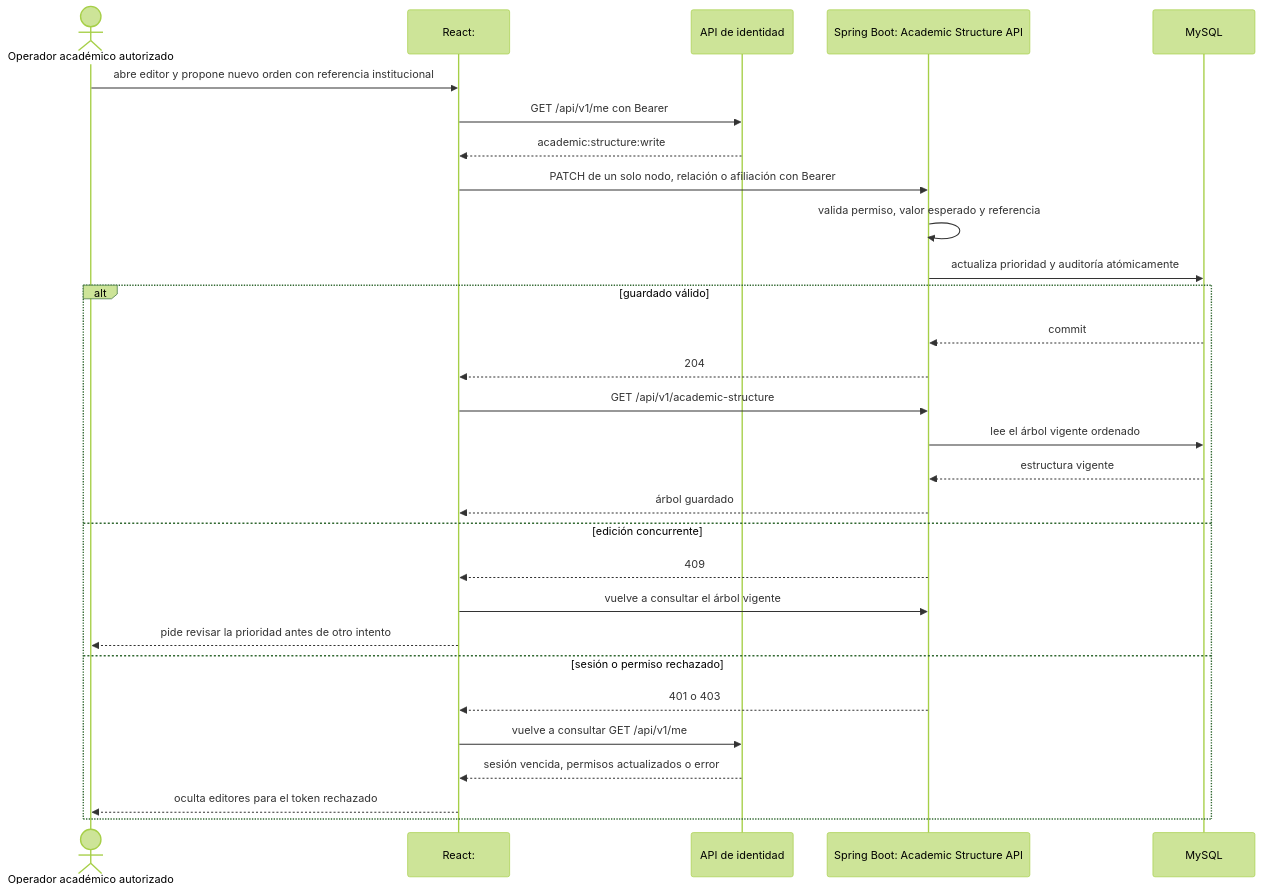
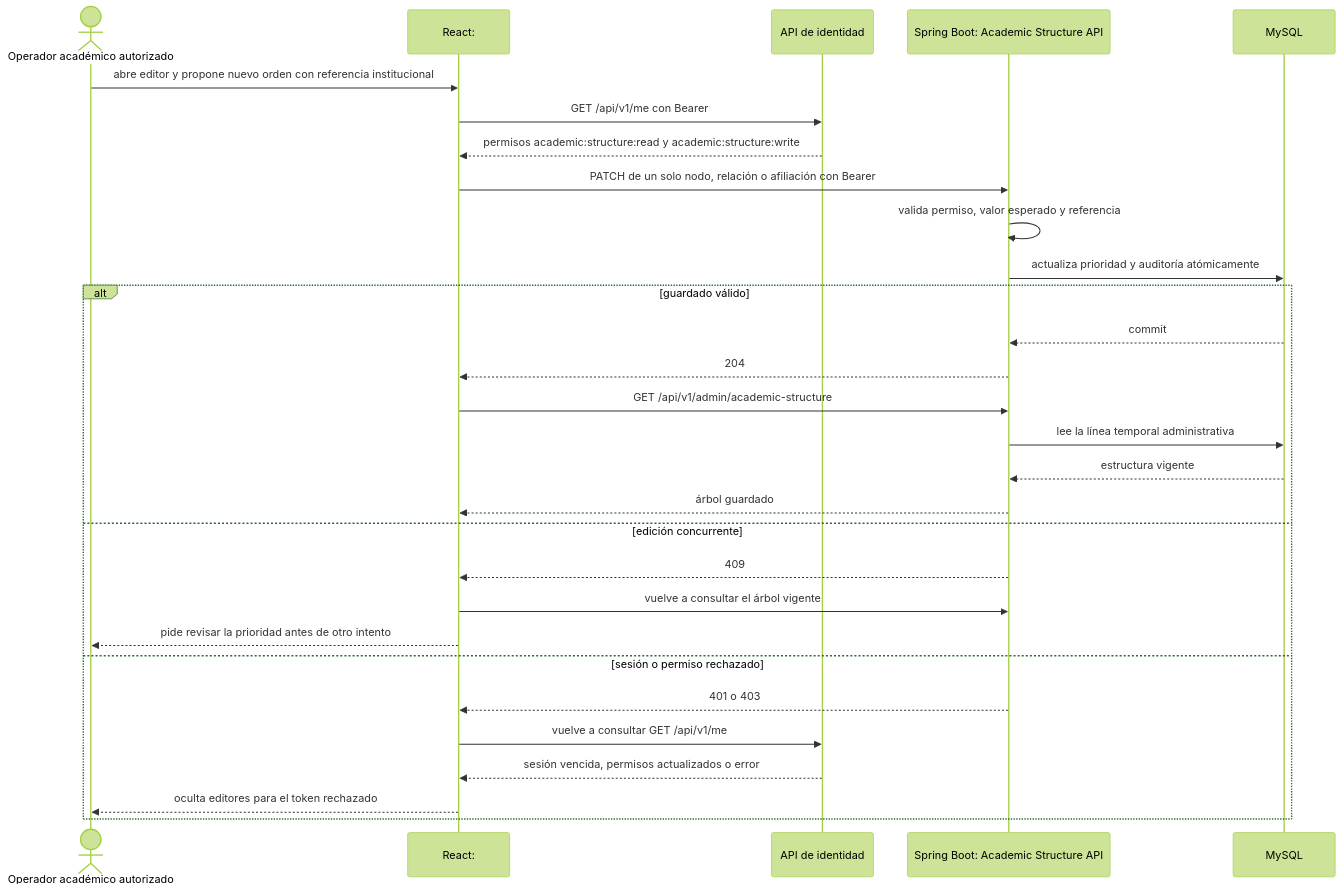
Before and after one commit to jdsalasca/open-university-backend: diagram 11 of 16 in docs/architecture/process-flows.md, drawn with Mermaid (forest theme). The commit also changed other lines of this file and 8 other files, not shown here.

````diff
--- a/docs/architecture/process-flows.md
+++ b/docs/architecture/process-flows.md
@@ -435,31 +484,31 @@
 ```mermaid
 sequenceDiagram
   actor Operator as Operador académico autorizado
   participant UI as React: #academia
   participant Identity as API de identidad
   participant API as Spring Boot: Academic Structure API
   participant DB as MySQL
   Operator->>UI: abre editor y propone nuevo orden con referencia institucional
   UI->>Identity: GET /api/v1/me con Bearer
-  Identity-->>UI: academic:structure:write
+  Identity-->>UI: permisos academic:structure:read y academic:structure:write
   UI->>API: PATCH de un solo nodo, relación o afiliación con Bearer
   API->>API: valida permiso, valor esperado y referencia
   API->>DB: actualiza prioridad y auditoría atómicamente
   alt guardado válido
     DB-->>API: commit
     API-->>UI: 204
-    UI->>API: GET /api/v1/academic-structure
-    API->>DB: lee el árbol vigente ordenado
+    UI->>API: GET /api/v1/admin/academic-structure
+    API->>DB: lee la línea temporal administrativa
     DB-->>API: estructura vigente
     API-->>UI: árbol guardado
   else edición concurrente
     API-->>UI: 409
     UI->>API: vuelve a consultar el árbol vigente
     UI-->>Operator: pide revisar la prioridad antes de otro intento
   else sesión o permiso rechazado
     API-->>UI: 401 o 403
     UI->>Identity: vuelve a consultar GET /api/v1/me
     Identity-->>UI: sesión vencida, permisos actualizados o error
     UI-->>Operator: oculta editores para el token rechazado
   end
 ```
````
